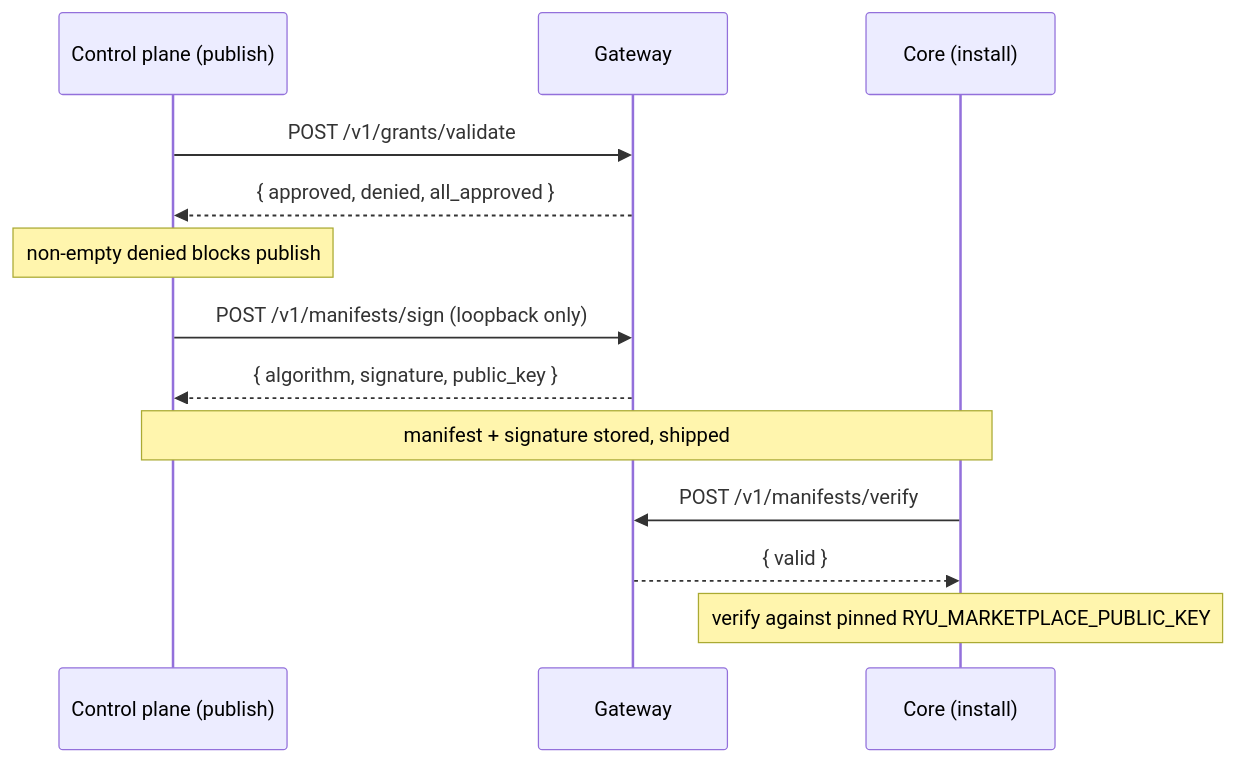
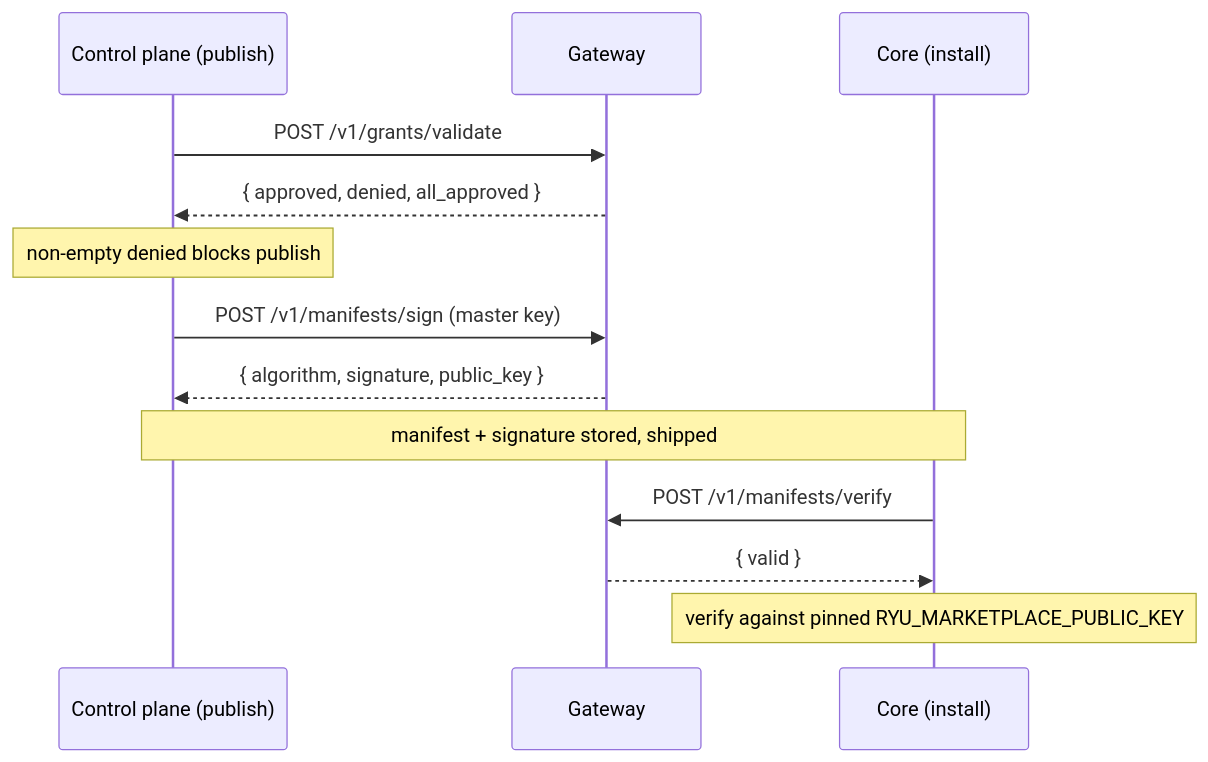
One commit to amajorai/ryu-docs changed the diagram in content/docs/gateway/governance.mdx. Above: the diagram before and after it, drawn with Mermaid. The commit also changed other lines of this file and 2538 other files, not shown here.

````diff
--- a/content/docs/gateway/governance.mdx
+++ b/content/docs/gateway/governance.mdx
@@ -22,15 +20,15 @@
 ```mermaid
 sequenceDiagram
     participant Server as Control plane (publish)
     participant GW as Gateway
     participant Core as Core (install)
     Server->>GW: POST /v1/grants/validate
     GW-->>Server: { approved, denied, all_approved }
     Note over Server: non-empty denied blocks publish
-    Server->>GW: POST /v1/manifests/sign (loopback only)
+    Server->>GW: POST /v1/manifests/sign (master key)
     GW-->>Server: { algorithm, signature, public_key }
     Note over Server,Core: manifest + signature stored, shipped
     Core->>GW: POST /v1/manifests/verify
     GW-->>Core: { valid }
     Note over Core: verify against pinned RYU_MARKETPLACE_PUBLIC_KEY
 ```
````
